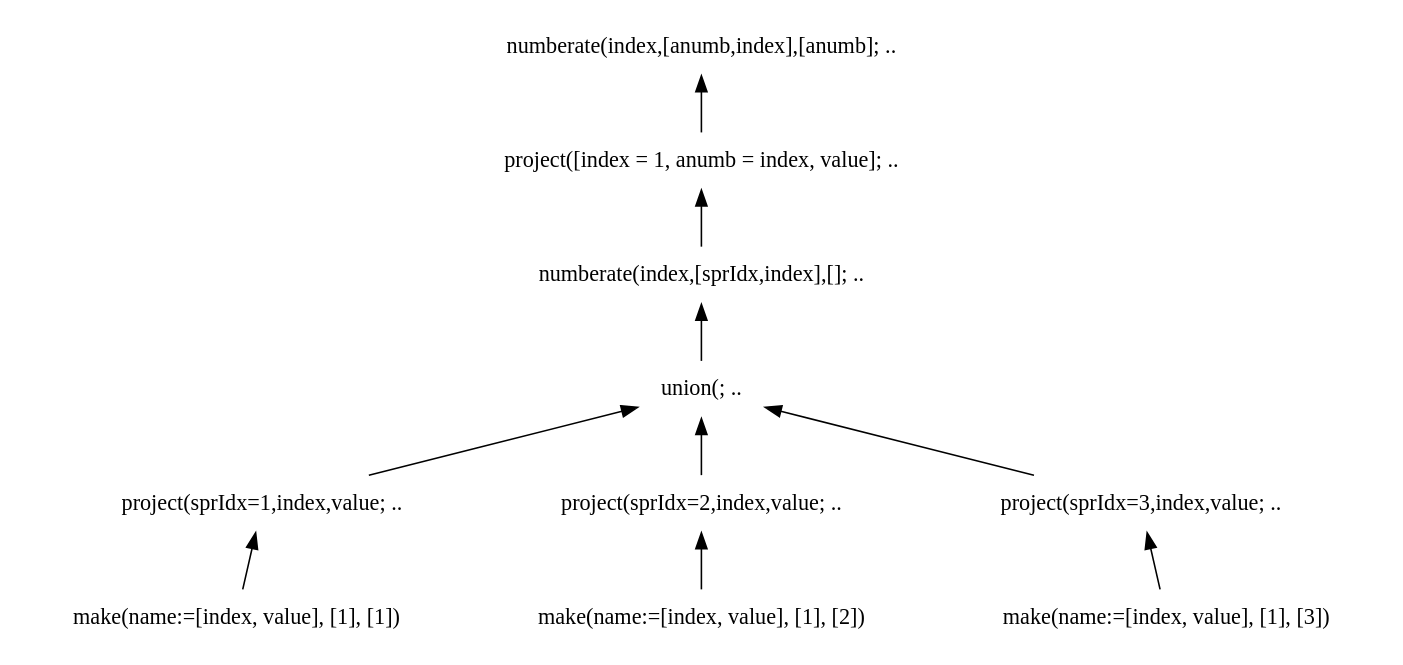
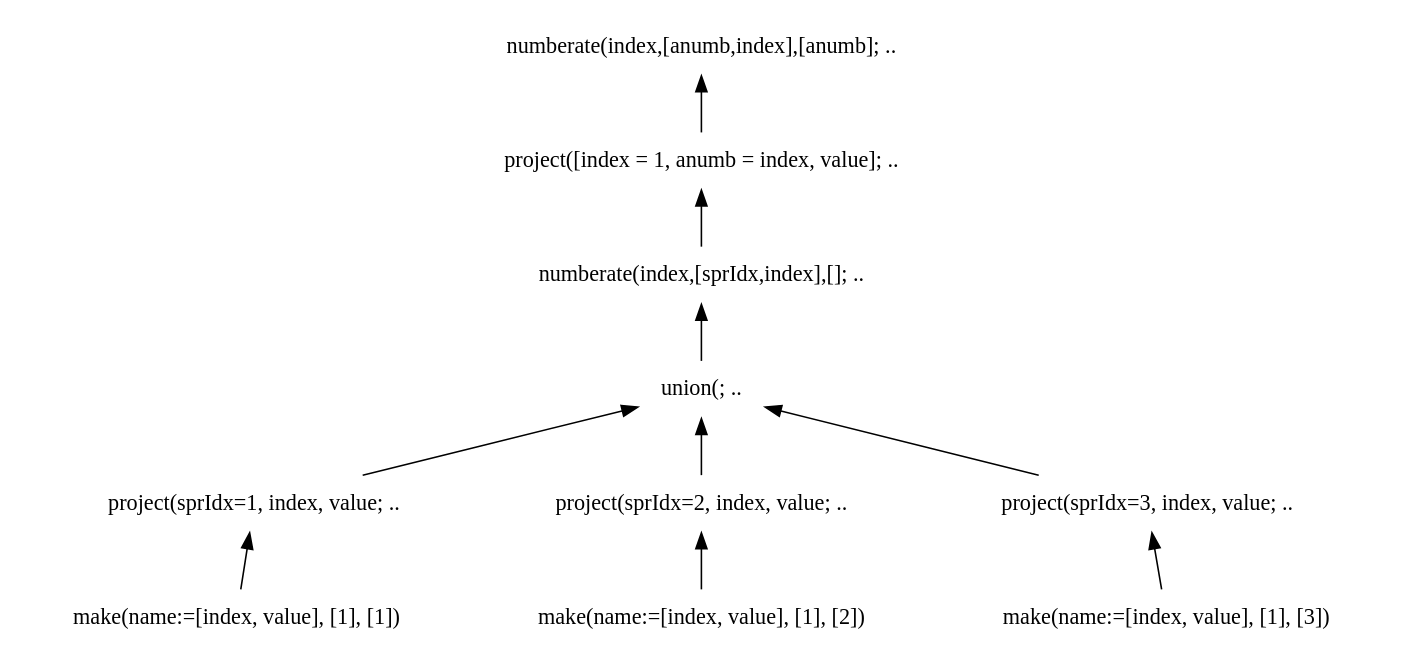
The diagram in doc/img/graphs/td_impl_flwor_simple.xq_relalg.dot (andrerav/xqft-parser), drawn with Graphviz before and after one commit. The commit also changed 17 other files, not shown here.

```diff
--- a/doc/img/graphs/td_impl_flwor_simple.xq_relalg.dot
+++ b/doc/img/graphs/td_impl_flwor_simple.xq_relalg.dot
@@ -1,24 +1,24 @@
 digraph AST {
 edge [color=black, dir=both, weight=1, fontcolor=black, arrowhead=none, arrowtail=normal]
 node [shape=plaintext]
 numberate1 [label="numberate(index,[anumb,index],[anumb]; .."]
   numberate1 -> project2
 project2 [label="project([index = 1, anumb = index, value]; .."]
     project2 -> numberate3
 numberate3 [label="numberate(index,[sprIdx,index],[]; .."]
       numberate3 -> union4
 union4 [label="union(; .."]
         union4 -> project5
-project5 [label="project(sprIdx=1,index,value; .."]
+project5 [label="project(sprIdx=1, index, value; .."]
           project5 -> make6
 make6 [label="make(name:=[index, value], [1], [1])"]
           union4 -> project7
-project7 [label="project(sprIdx=2,index,value; .."]
+project7 [label="project(sprIdx=2, index, value; .."]
             project7 -> make8
 make8 [label="make(name:=[index, value], [1], [2])"]
             union4 -> project9
-project9 [label="project(sprIdx=3,index,value; .."]
+project9 [label="project(sprIdx=3, index, value; .."]
               project9 -> make10
 make10 [label="make(name:=[index, value], [1], [3])"]
 
 }
```
